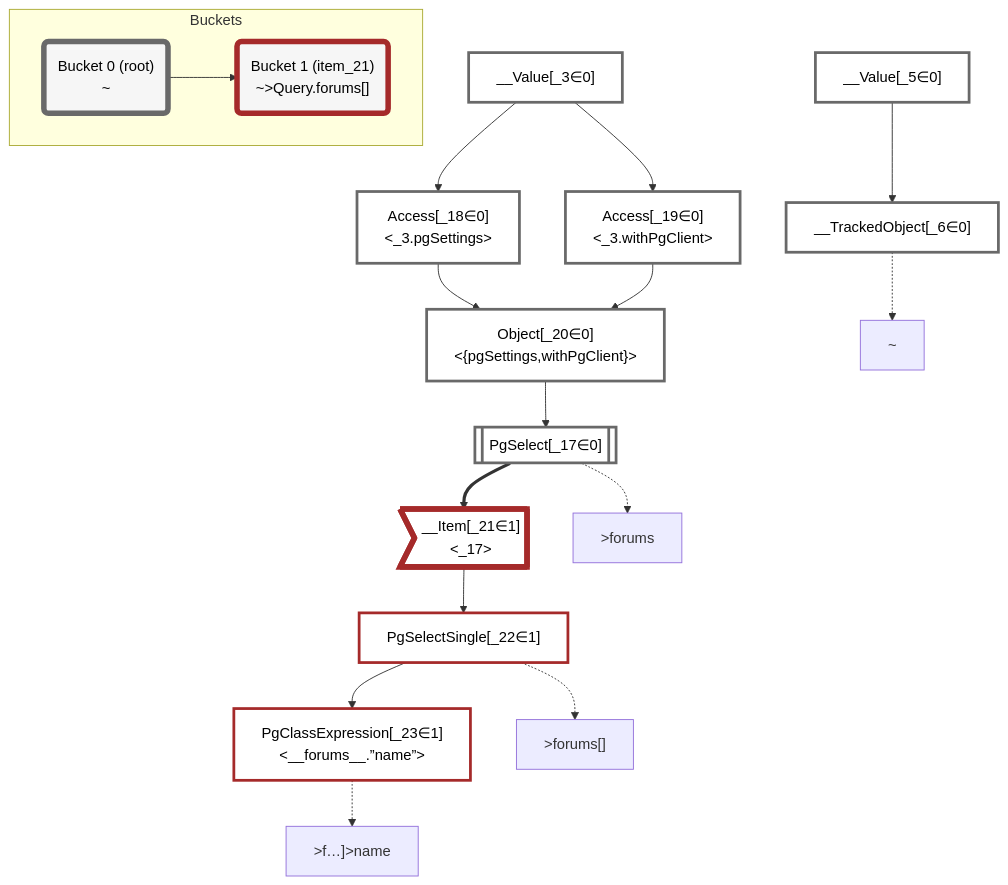
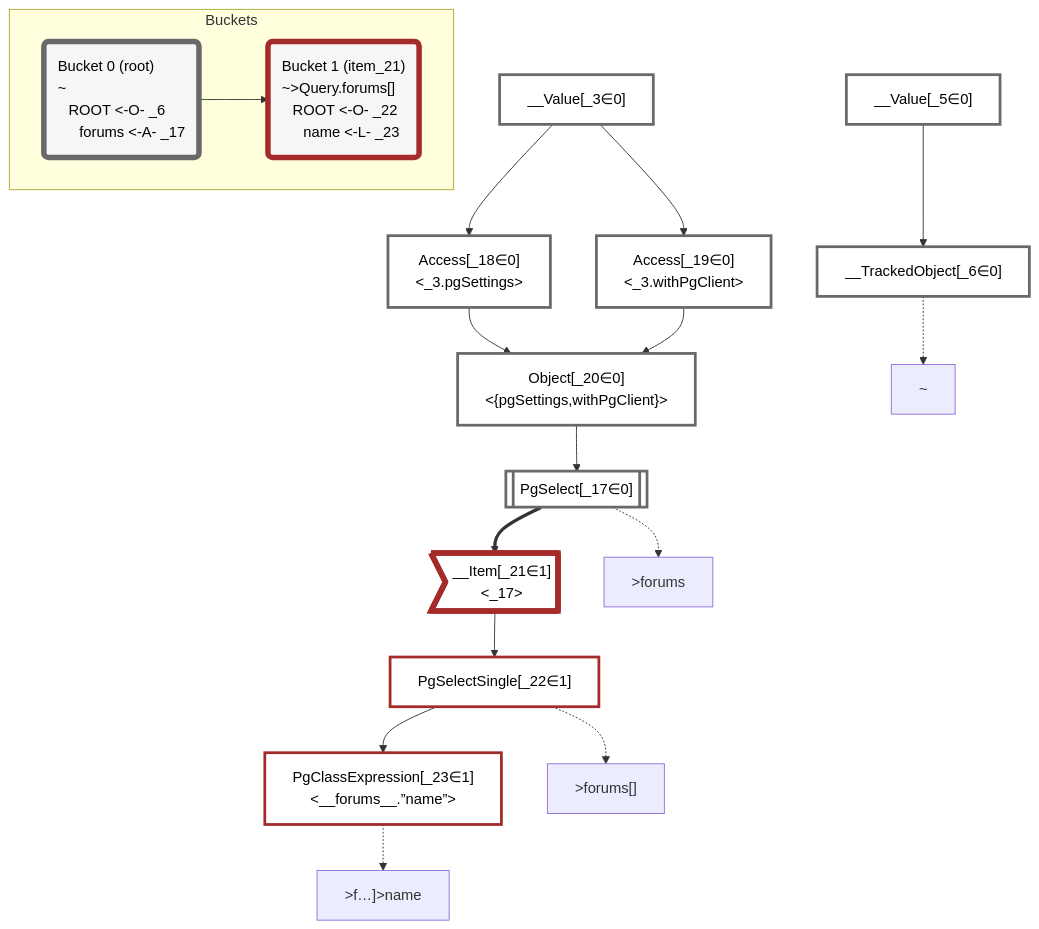
The diagram in packages/dataplan-pg/__tests__/queries/super-simple/super-simple.mermaid.md (graphile/crystal), drawn with Mermaid before and after one commit. The commit also changed 195 other files, not shown here.

````diff
--- a/packages/dataplan-pg/__tests__/queries/super-simple/super-simple.mermaid.md
+++ b/packages/dataplan-pg/__tests__/queries/super-simple/super-simple.mermaid.md
@@ -1,56 +1,56 @@
 ```mermaid
 graph TD
     classDef path fill:#eee,stroke:#000,color:#000
     classDef plan fill:#fff,stroke-width:3px,color:#000
     classDef itemplan fill:#fff,stroke-width:6px,color:#000
     classDef sideeffectplan fill:#f00,stroke-width:6px,color:#000
-    classDef bucket fill:#f6f6f6,color:#000,stroke-width:6px
+    classDef bucket fill:#f6f6f6,color:#000,stroke-width:6px,text-align:left
 
 
     %% define plans
     __Value_3["__Value[_3∈0]<br /><context>"]:::plan
     __Value_5["__Value[_5∈0]<br /><rootValue>"]:::plan
     __TrackedObject_6["__TrackedObject[_6∈0]"]:::plan
     PgSelect_17[["PgSelect[_17∈0]<br /><forums>"]]:::plan
     Access_18["Access[_18∈0]<br /><_3.pgSettings>"]:::plan
     Access_19["Access[_19∈0]<br /><_3.withPgClient>"]:::plan
     Object_20["Object[_20∈0]<br /><{pgSettings,withPgClient}>"]:::plan
     __Item_21>"__Item[_21∈1]<br /><_17>"]:::itemplan
     PgSelectSingle_22["PgSelectSingle[_22∈1]<br /><forums>"]:::plan
     PgClassExpression_23["PgClassExpression[_23∈1]<br /><__forums__.”name”>"]:::plan
 
     %% plan dependencies
     __Value_5 --> __TrackedObject_6
     Object_20 --> PgSelect_17
     __Value_3 --> Access_18
     __Value_3 --> Access_19
     Access_18 --> Object_20
     Access_19 --> Object_20
     PgSelect_17 ==> __Item_21
     __Item_21 --> PgSelectSingle_22
     PgSelectSingle_22 --> PgClassExpression_23
 
     %% plan-to-path relationships
     P_6["~"]
     __TrackedObject_6 -.-> P_6
     P_17[">forums"]
     PgSelect_17 -.-> P_17
     P_22[">forums[]"]
     PgSelectSingle_22 -.-> P_22
     P_23[">f…]>name"]
     PgClassExpression_23 -.-> P_23
 
     %% allocate buckets
     classDef bucket0 stroke:#696969
     class __Value_3,__Value_5,__TrackedObject_6,PgSelect_17,Access_18,Access_19,Object_20 bucket0
     classDef bucket1 stroke:#a52a2a
     class __Item_21,PgSelectSingle_22,PgClassExpression_23 bucket1
 
     subgraph Buckets
-    Bucket0("Bucket 0 (root)<br />~"):::bucket
+    Bucket0("Bucket 0 (root)<br />~<br />⠀ROOT <-O- _6<br />⠀⠀forums <-A- _17"):::bucket
     style Bucket0 stroke:#696969
-    Bucket1("Bucket 1 (item_21)<br />~>Query.forums[]"):::bucket
+    Bucket1("Bucket 1 (item_21)<br />~>Query.forums[]<br />⠀ROOT <-O- _22<br />⠀⠀name <-L- _23"):::bucket
     style Bucket1 stroke:#a52a2a
     Bucket0 --> Bucket1
     end
 ```
````
